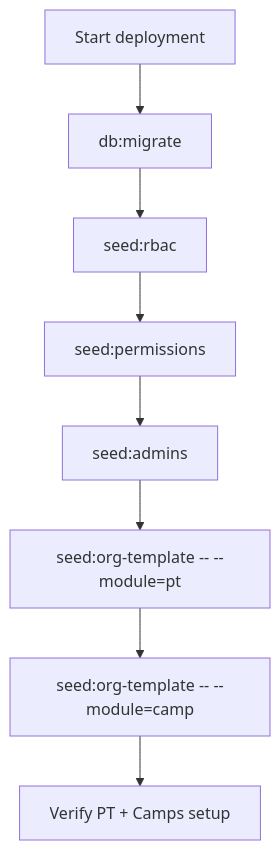
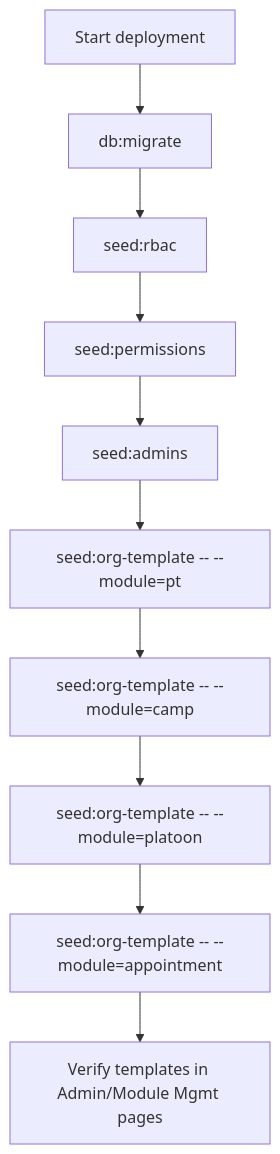
The diagram in docs/help/org-templates.md (Hexmon/e-dossier), drawn with Mermaid before and after one commit. The commit also changed other lines of this file and 13 other files, not shown here.

Commit message:
platton and appointment template

````diff
--- a/docs/help/org-templates.md
+++ b/docs/help/org-templates.md
@@ -78,10 +106,12 @@
 ```mermaid
 flowchart TD
   A["Start deployment"] --> B["db:migrate"]
   B --> C["seed:rbac"]
   C --> D["seed:permissions"]
   D --> E["seed:admins"]
   E --> F["seed:org-template -- --module=pt"]
   F --> G["seed:org-template -- --module=camp"]
-  G --> H["Verify PT + Camps setup"]
+  G --> H["seed:org-template -- --module=platoon"]
+  H --> I["seed:org-template -- --module=appointment"]
+  I --> J["Verify templates in Admin/Module Mgmt pages"]
 ```
````
